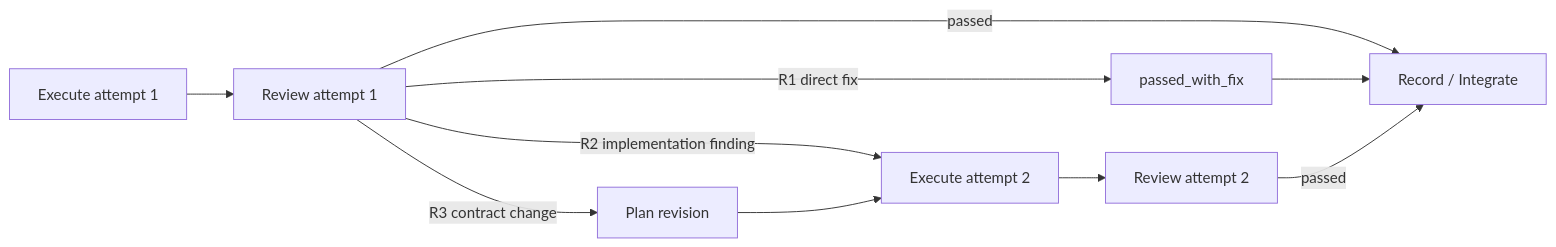
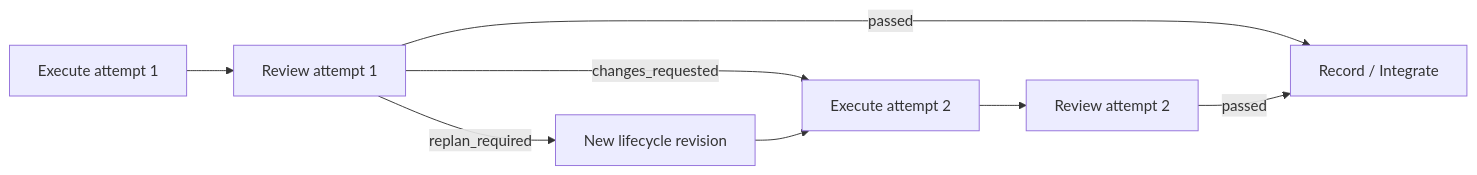
Before and after one commit to ttizzyf/taskcraft: the fifth of 5 diagrams in development/specs/lifecycle.md, drawn with Mermaid. The commit also changed other lines of this file and 18 other files, not shown here.

````diff
--- a/development/specs/lifecycle.md
+++ b/development/specs/lifecycle.md
@@ -282,12 +303,10 @@
 ```mermaid
 flowchart LR
-    E1[Execute attempt 1] --> R1[Review attempt 1]
-    R1 -- passed --> Z[Record / Integrate]
-    R1 -- R1 direct fix --> F1[passed_with_fix]
-    F1 --> Z
-    R1 -- R2 implementation finding --> E2[Execute attempt 2]
-    R1 -- R3 contract change --> P2[Plan revision]
+    E1[Execute attempt 1] --> V1[Review attempt 1]
+    V1 -- passed --> Z[Record / Integrate]
+    V1 -- changes_requested --> E2[Execute attempt 2]
+    V1 -- replan_required --> P2[New lifecycle revision]
     P2 --> E2
-    E2 --> R2[Review attempt 2]
-    R2 -- passed --> Z
+    E2 --> V2[Review attempt 2]
+    V2 -- passed --> Z
 ```
````
